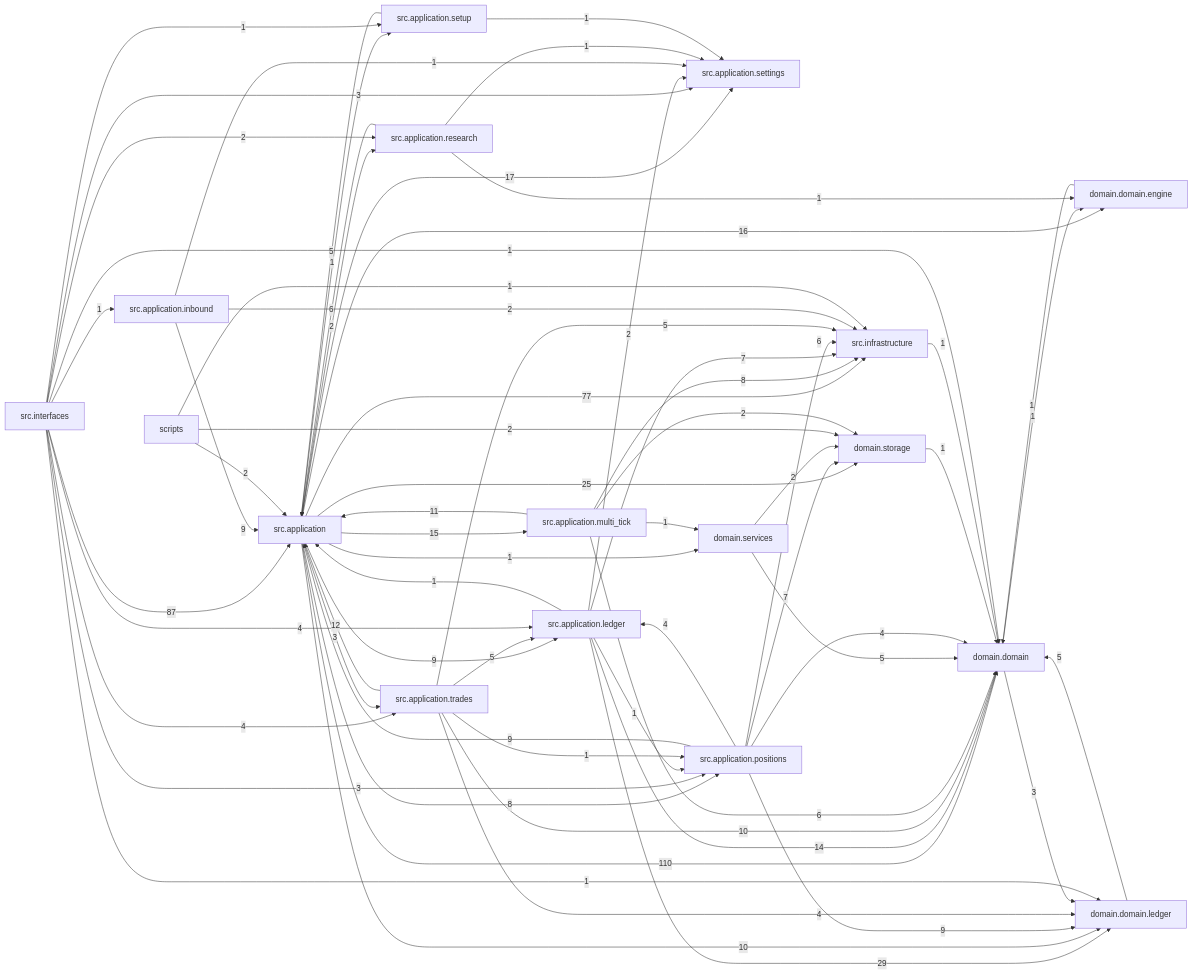
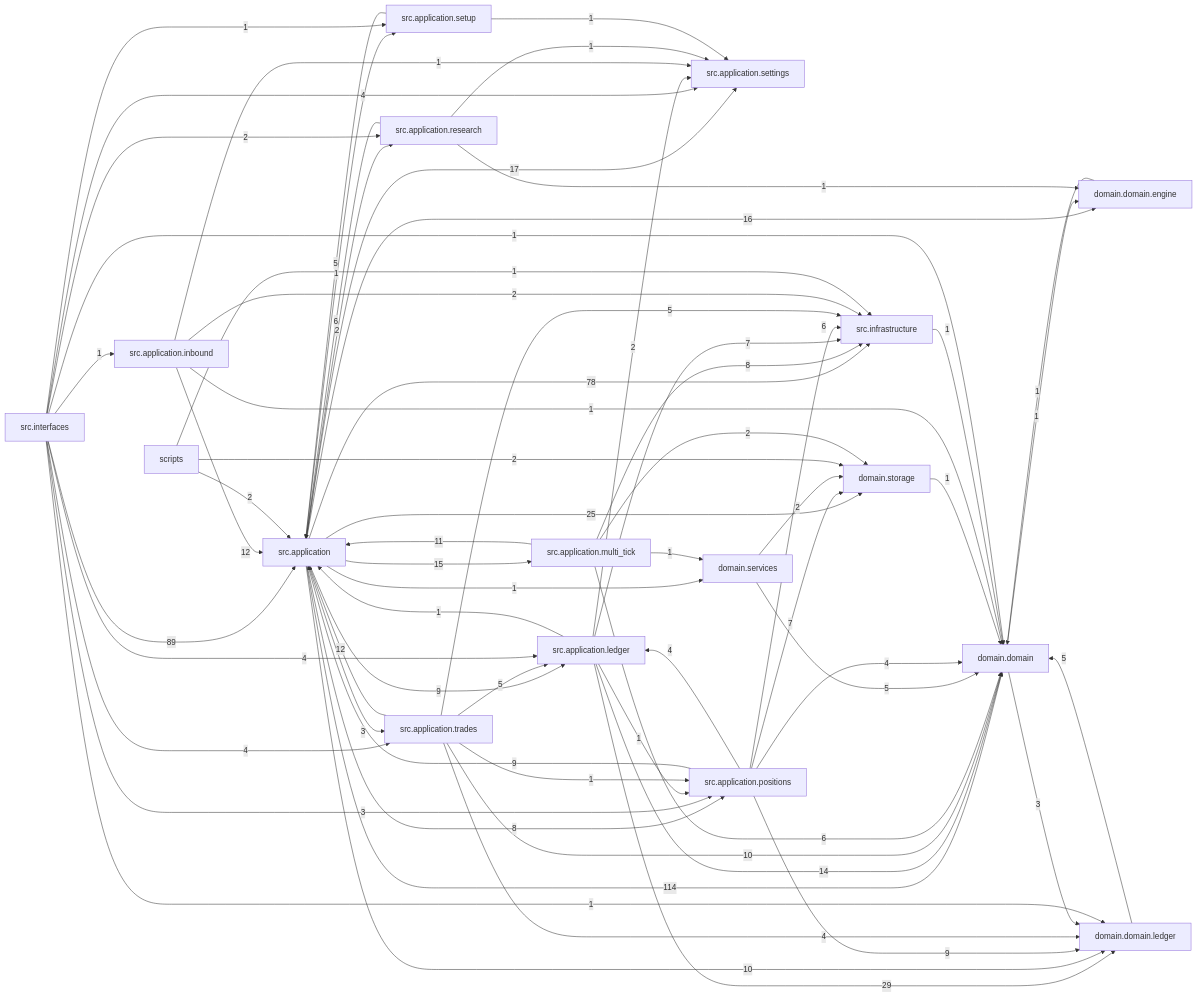
The diagram in docs/dependency_graph.mmd (liuxie066/options-monitor), drawn with Mermaid before and after one commit. The commit also changed 38 other files, not shown here.

```diff
--- a/docs/dependency_graph.mmd
+++ b/docs/dependency_graph.mmd
@@ -1,66 +1,67 @@
 flowchart LR
-  src_application["src.application"] -->|110| domain_domain["domain.domain"]
-  src_interfaces["src.interfaces"] -->|87| src_application["src.application"]
-  src_application["src.application"] -->|77| src_infrastructure["src.infrastructure"]
+  src_application["src.application"] -->|114| domain_domain["domain.domain"]
+  src_interfaces["src.interfaces"] -->|89| src_application["src.application"]
+  src_application["src.application"] -->|78| src_infrastructure["src.infrastructure"]
   src_application_ledger["src.application.ledger"] -->|29| domain_domain_ledger["domain.domain.ledger"]
   src_application["src.application"] -->|25| domain_storage["domain.storage"]
   src_application["src.application"] -->|17| src_application_settings["src.application.settings"]
   src_application["src.application"] -->|16| domain_domain_engine["domain.domain.engine"]
   src_application["src.application"] -->|15| src_application_multi_tick["src.application.multi_tick"]
   src_application_ledger["src.application.ledger"] -->|14| domain_domain["domain.domain"]
+  src_application_inbound["src.application.inbound"] -->|12| src_application["src.application"]
   src_application_trades["src.application.trades"] -->|12| src_application["src.application"]
   src_application_multi_tick["src.application.multi_tick"] -->|11| src_application["src.application"]
   src_application["src.application"] -->|10| domain_domain_ledger["domain.domain.ledger"]
   src_application_trades["src.application.trades"] -->|10| domain_domain["domain.domain"]
   src_application["src.application"] -->|9| src_application_ledger["src.application.ledger"]
-  src_application_inbound["src.application.inbound"] -->|9| src_application["src.application"]
   src_application_positions["src.application.positions"] -->|9| domain_domain_ledger["domain.domain.ledger"]
   src_application_positions["src.application.positions"] -->|9| src_application["src.application"]
   src_application["src.application"] -->|8| src_application_positions["src.application.positions"]
   src_application_multi_tick["src.application.multi_tick"] -->|8| src_infrastructure["src.infrastructure"]
   src_application_ledger["src.application.ledger"] -->|7| src_infrastructure["src.infrastructure"]
   src_application_positions["src.application.positions"] -->|7| domain_storage["domain.storage"]
   src_application_multi_tick["src.application.multi_tick"] -->|6| domain_domain["domain.domain"]
   src_application_positions["src.application.positions"] -->|6| src_infrastructure["src.infrastructure"]
   src_application_research["src.application.research"] -->|6| src_application["src.application"]
   domain_domain_ledger["domain.domain.ledger"] -->|5| domain_domain["domain.domain"]
   domain_services["domain.services"] -->|5| domain_domain["domain.domain"]
   src_application_setup["src.application.setup"] -->|5| src_application["src.application"]
   src_application_trades["src.application.trades"] -->|5| src_application_ledger["src.application.ledger"]
   src_application_trades["src.application.trades"] -->|5| src_infrastructure["src.infrastructure"]
   src_application_positions["src.application.positions"] -->|4| domain_domain["domain.domain"]
   src_application_positions["src.application.positions"] -->|4| src_application_ledger["src.application.ledger"]
   src_application_trades["src.application.trades"] -->|4| domain_domain_ledger["domain.domain.ledger"]
   src_interfaces["src.interfaces"] -->|4| src_application_ledger["src.application.ledger"]
+  src_interfaces["src.interfaces"] -->|4| src_application_settings["src.application.settings"]
   src_interfaces["src.interfaces"] -->|4| src_application_trades["src.application.trades"]
   domain_domain["domain.domain"] -->|3| domain_domain_ledger["domain.domain.ledger"]
   src_application["src.application"] -->|3| src_application_trades["src.application.trades"]
   src_interfaces["src.interfaces"] -->|3| src_application_positions["src.application.positions"]
-  src_interfaces["src.interfaces"] -->|3| src_application_settings["src.application.settings"]
   domain_services["domain.services"] -->|2| domain_storage["domain.storage"]
   scripts["scripts"] -->|2| domain_storage["domain.storage"]
   scripts["scripts"] -->|2| src_application["src.application"]
   src_application["src.application"] -->|2| src_application_research["src.application.research"]
   src_application_inbound["src.application.inbound"] -->|2| src_infrastructure["src.infrastructure"]
   src_application_ledger["src.application.ledger"] -->|2| src_application_settings["src.application.settings"]
   src_application_multi_tick["src.application.multi_tick"] -->|2| domain_storage["domain.storage"]
   src_interfaces["src.interfaces"] -->|2| src_application_research["src.application.research"]
   domain_domain["domain.domain"] -->|1| domain_domain_engine["domain.domain.engine"]
   domain_domain_engine["domain.domain.engine"] -->|1| domain_domain["domain.domain"]
   domain_storage["domain.storage"] -->|1| domain_domain["domain.domain"]
   scripts["scripts"] -->|1| src_infrastructure["src.infrastructure"]
   src_application["src.application"] -->|1| domain_services["domain.services"]
   src_application["src.application"] -->|1| src_application_setup["src.application.setup"]
+  src_application_inbound["src.application.inbound"] -->|1| domain_domain["domain.domain"]
   src_application_inbound["src.application.inbound"] -->|1| src_application_settings["src.application.settings"]
   src_application_ledger["src.application.ledger"] -->|1| src_application["src.application"]
   src_application_ledger["src.application.ledger"] -->|1| src_application_positions["src.application.positions"]
   src_application_multi_tick["src.application.multi_tick"] -->|1| domain_services["domain.services"]
   src_application_research["src.application.research"] -->|1| domain_domain_engine["domain.domain.engine"]
   src_application_research["src.application.research"] -->|1| src_application_settings["src.application.settings"]
   src_application_setup["src.application.setup"] -->|1| src_application_settings["src.application.settings"]
   src_application_trades["src.application.trades"] -->|1| src_application_positions["src.application.positions"]
   src_infrastructure["src.infrastructure"] -->|1| domain_domain["domain.domain"]
   src_interfaces["src.interfaces"] -->|1| domain_domain["domain.domain"]
   src_interfaces["src.interfaces"] -->|1| domain_domain_ledger["domain.domain.ledger"]
   src_interfaces["src.interfaces"] -->|1| src_application_inbound["src.application.inbound"]
   src_interfaces["src.interfaces"] -->|1| src_application_setup["src.application.setup"]
```
